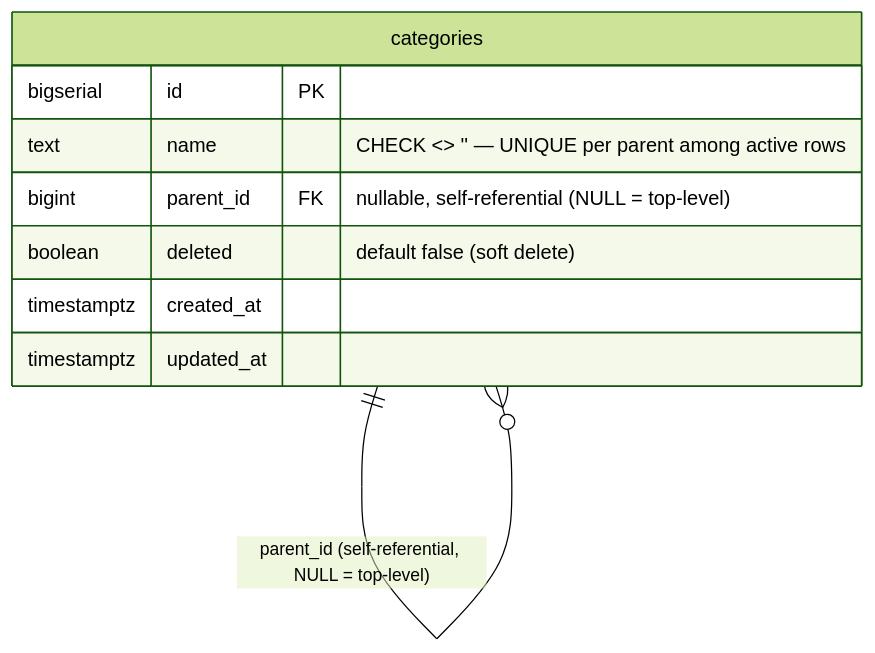
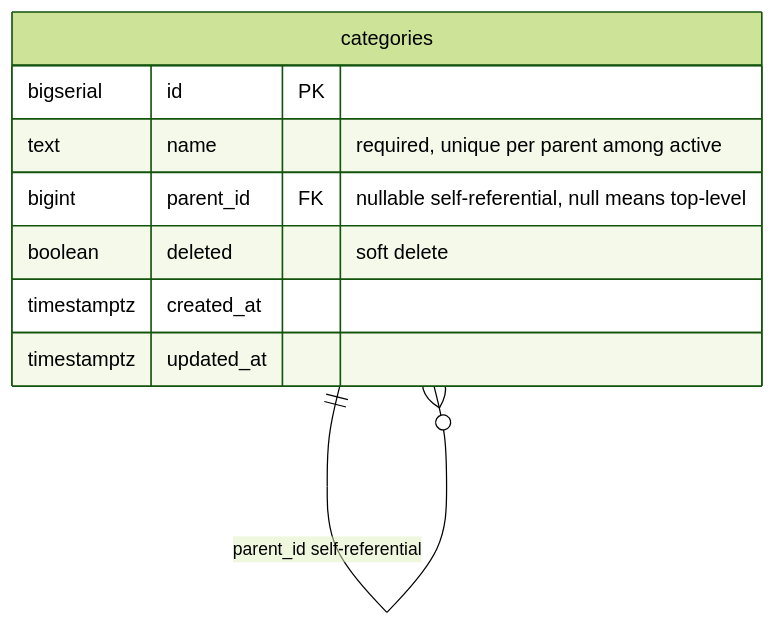
Before and after one commit to pdcgo/warehouse_revamp: the fifth of 7 diagrams in docs/database-schema.md, drawn with Mermaid (forest theme). The commit also changed other lines of this file, not shown here.

First line of the commit message:
docs: fix mermaid render errors in schema diagrams (#30 rework)

````diff
--- a/docs/database-schema.md
+++ b/docs/database-schema.md
@@ -153,13 +153,13 @@
 ```mermaid
 erDiagram
-    categories ||--o{ categories : "parent_id (self-referential, NULL = top-level)"
+    categories ||--o{ categories : "parent_id self-referential"
 
     categories {
         bigserial   id          PK
-        text        name        "CHECK <> '' — UNIQUE per parent among active rows"
-        bigint      parent_id   FK "nullable, self-referential (NULL = top-level)"
-        boolean     deleted     "default false (soft delete)"
+        text        name        "required, unique per parent among active"
+        bigint      parent_id   FK "nullable self-referential, null means top-level"
+        boolean     deleted     "soft delete"
         timestamptz created_at
         timestamptz updated_at
     }
 ```
````
